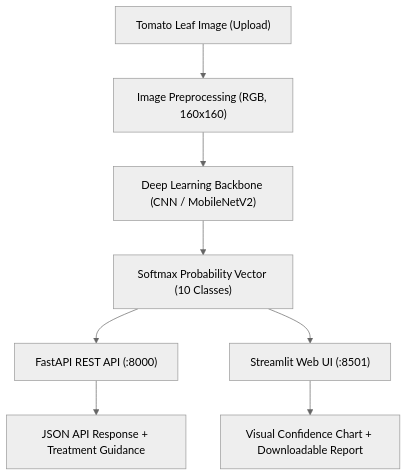
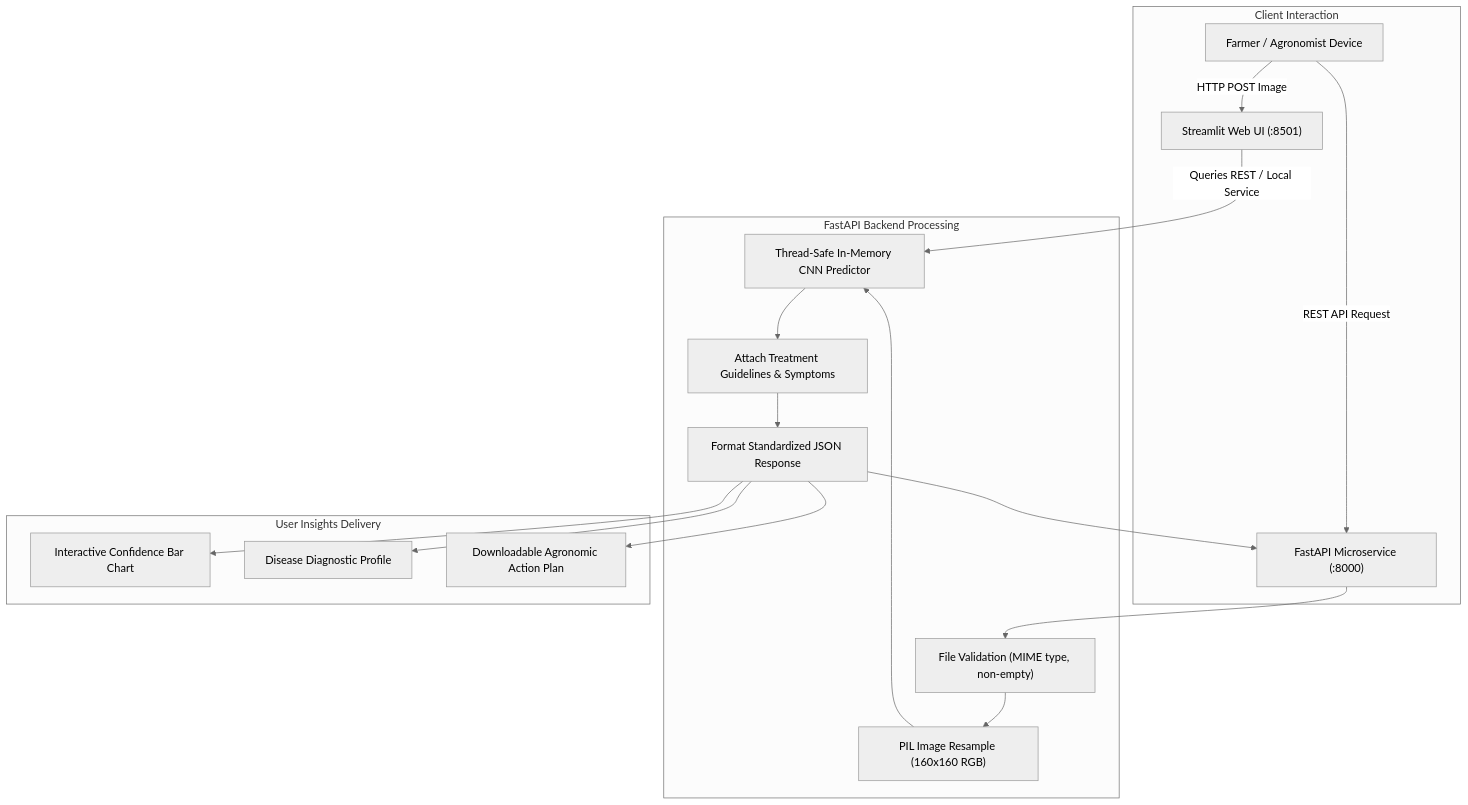
One commit to AbubakrDA/Tomato-Plant-Diseases-Augmented changed diagram 12 of 13 in README.md. Above: the diagram before and after it, drawn with Mermaid (neutral theme). The commit also changed other lines of this file and 2 other files, not shown here.

Commit message:
docs: expand README into comprehensive CNN educational and research guide with visual diagrams

````diff
--- a/README.md
+++ b/README.md
@@ -64,10 +739,23 @@
 ```mermaid
 flowchart TD
-    A["Tomato Leaf Image (Upload)"] --> B["Image Preprocessing (RGB, 160x160)"]
-    B --> C["Deep Learning Backbone (CNN / MobileNetV2)"]
-    C --> D["Softmax Probability Vector (10 Classes)"]
-    D --> E["FastAPI REST API (:8000)"]
-    D --> F["Streamlit Web UI (:8501)"]
-    E --> G["JSON API Response + Treatment Guidance"]
-    F --> H["Visual Confidence Chart + Downloadable Report"]
+    subgraph ClientLayer["Client Interaction"]
+        C1["Farmer / Agronomist Device"] -->|HTTP POST Image| C2["Streamlit Web UI (:8501)"]
+        C1 -->|REST API Request| C3["FastAPI Microservice (:8000)"]
+    end
+    
+    subgraph Microservice["FastAPI Backend Processing"]
+        C3 --> M1["File Validation (MIME type, non-empty)"]
+        M1 --> M2["PIL Image Resample (160x160 RGB)"]
+        M2 --> M3["Thread-Safe In-Memory CNN Predictor"]
+        M3 --> M4["Attach Treatment Guidelines & Symptoms"]
+        M4 --> M5["Format Standardized JSON Response"]
+    end
+    
+    subgraph Presentation["User Insights Delivery"]
+        M5 --> C3
+        C2 -->|Queries REST / Local Service| M3
+        M5 --> D1["Interactive Confidence Bar Chart"]
+        M5 --> D2["Disease Diagnostic Profile"]
+        M5 --> D3["Downloadable Agronomic Action Plan"]
+    end
 ```
````
